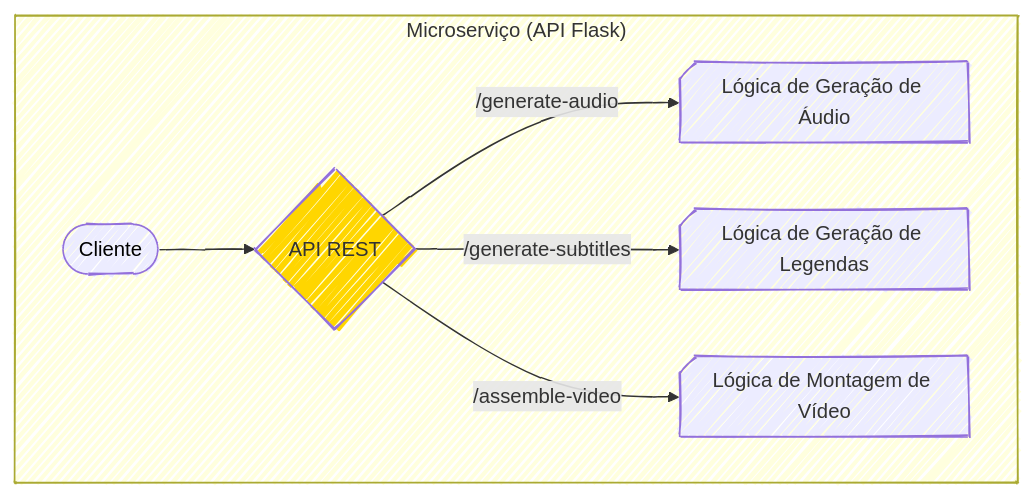
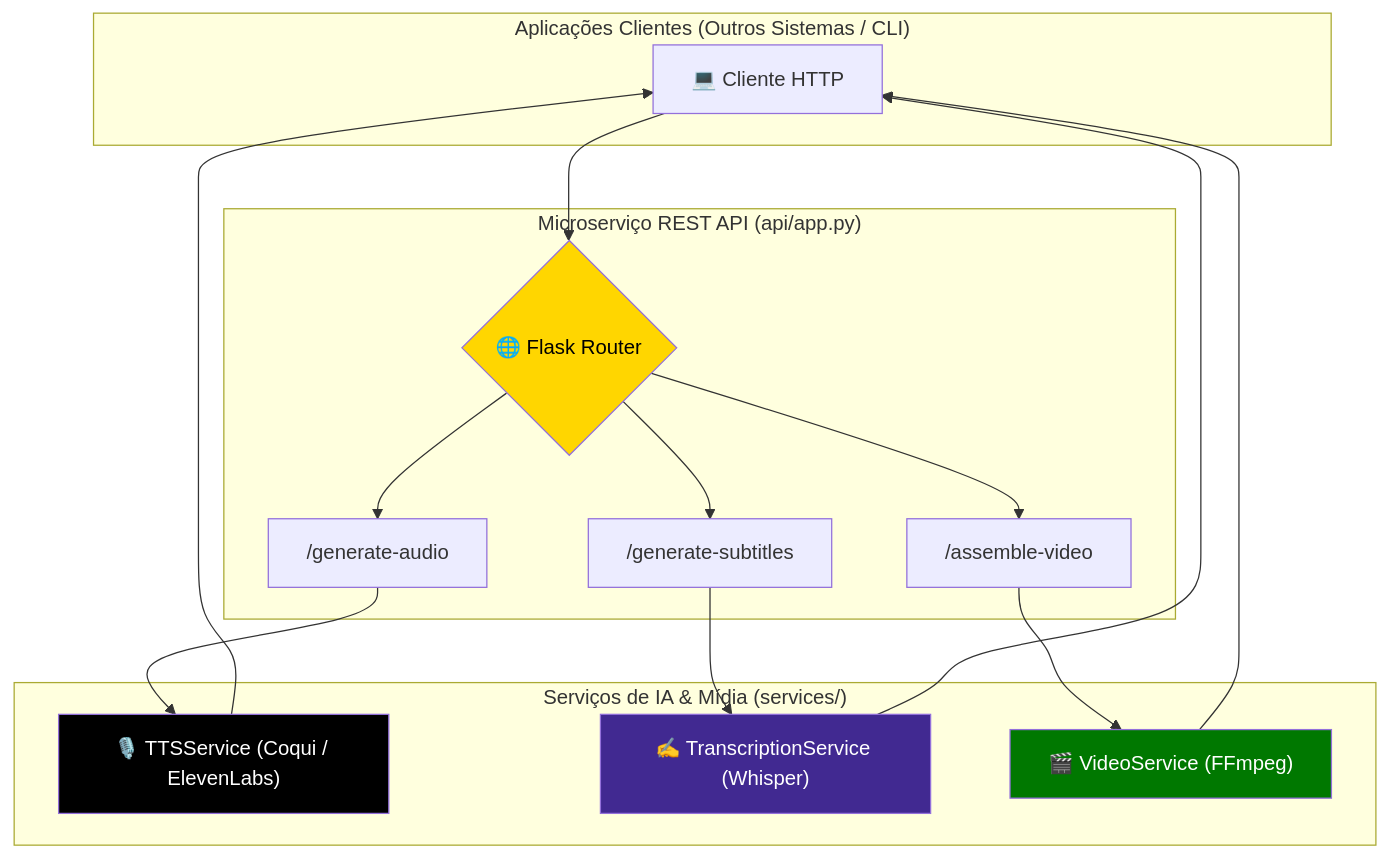
Diagram 17 of 19 in apps/backend/src/knowledge-base/Projects-Consolidated.md (lfrichter/ask-richter), drawn with Mermaid before and after one commit. The commit also changed other lines of this file and 2 other files, not shown here.

````diff
--- a/apps/backend/src/knowledge-base/Projects-Consolidated.md
+++ b/apps/backend/src/knowledge-base/Projects-Consolidated.md
@@ -2027,26 +2174,29 @@
 ```mermaid
----
-config:
-  theme: default
-  look: handDrawn
----
 flowchart TB
- subgraph subGraph0["Microserviço (API Flask)"]
-        N{"API REST"}
-        M["Cliente"]
-        O["Lógica de Geração de Áudio"]
-        P["Lógica de Geração de Legendas"]
-        Q["Lógica de Montagem de Vídeo"]
-  end
-    M --> N
-    N -- "/generate-audio" --> O
-    N -- "/generate-subtitles" --> P
-    N -- "/assemble-video" --> Q
-    M@{ shape: terminal}
-    O@{ shape: card}
-    P@{ shape: card}
-    Q@{ shape: card}
-    style N fill:#FFD600
-    style M color:#000000
+    subgraph ClientLayer["Aplicações Clientes (Outros Sistemas / CLI)"]
+        Client["💻 Cliente HTTP"]
+    end
 
+    subgraph FlaskApp["Microserviço REST API (api/app.py)"]
+        Router{"🌐 Flask Router"}
+        AudioEp["/generate-audio"]
+        SubEp["/generate-subtitles"]
+        VideoEp["/assemble-video"]
+    end
+
+    subgraph ServicesLayer["Serviços de IA & Mídia (services/)"]
+        TTS["🎙️ TTSService (Coqui / ElevenLabs)"]
+        Whisper["✍️ TranscriptionService (Whisper)"]
+        FFmpeg["🎬 VideoService (FFmpeg)"]
+    end
+
+    Client --> Router
+    Router --> AudioEp --> TTS --> Client
+    Router --> SubEp --> Whisper --> Client
+    Router --> VideoEp --> FFmpeg --> Client
+
+    style Router fill:#FFD600,color:#000
+    style TTS fill:#000000,color:#fff
+    style Whisper fill:#412991,color:#fff
+    style FFmpeg fill:#007800,color:#fff
 ```
````
